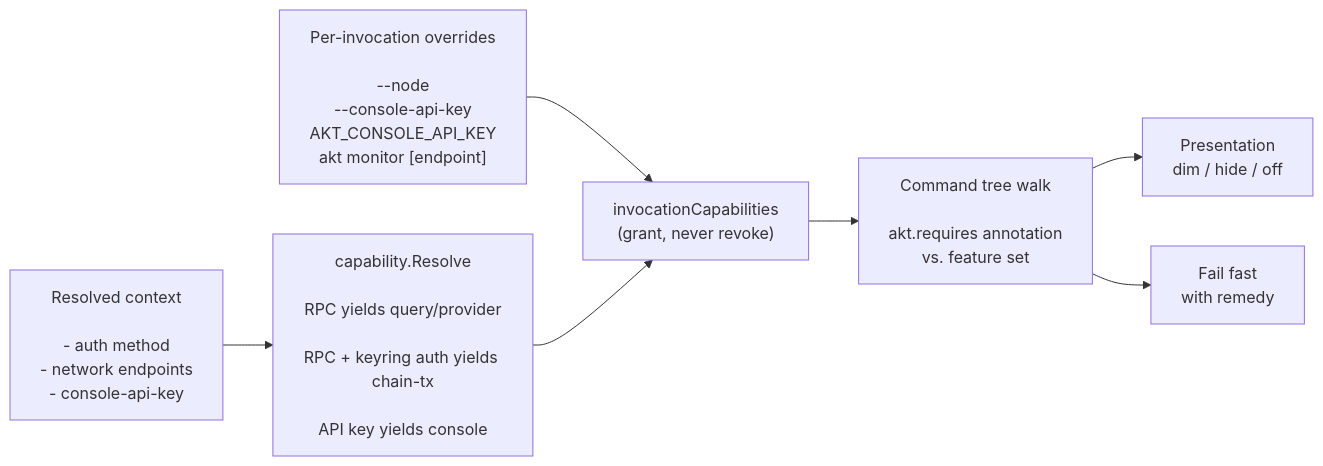
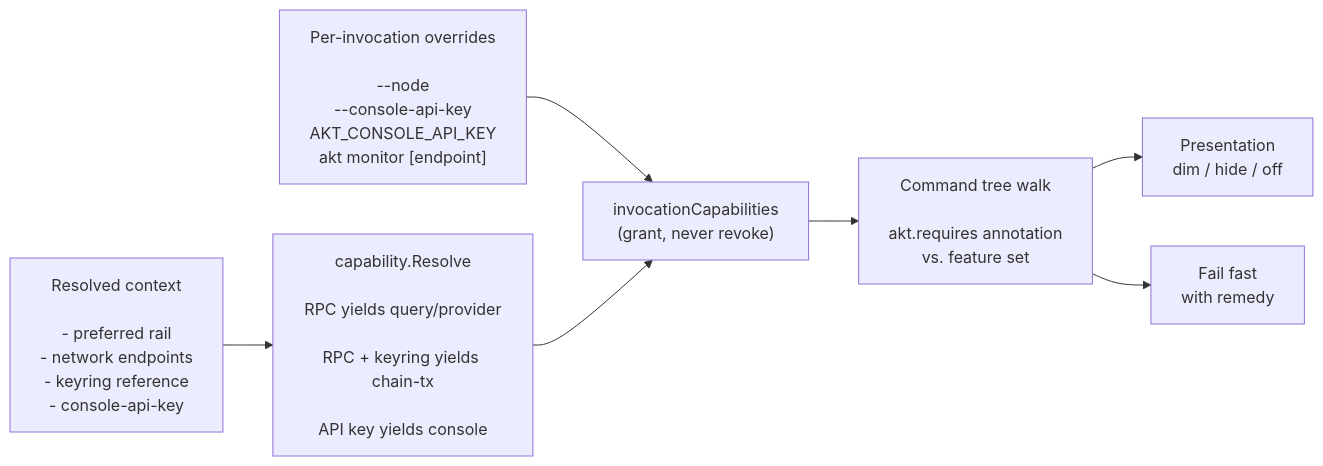
Before and after one commit to akash-network/akt: the sixth of 6 diagrams in DESIGN.md, drawn with Mermaid. The commit also changed other lines of this file and 35 other files, not shown here.

````diff
--- a/DESIGN.md
+++ b/DESIGN.md
@@ -892,9 +936,9 @@
 ```mermaid
 graph LR
-  RC["Resolved context\n\n- auth method\n- network endpoints\n- console-api-key"] --> RES["capability.Resolve\n\nRPC yields query/provider\n\nRPC + keyring auth yields chain-tx\n\nAPI key yields console"]
+  RC["Resolved context\n\n- preferred rail\n- network endpoints\n- keyring reference\n- console-api-key"] --> RES["capability.Resolve\n\nRPC yields query/provider\n\nRPC + keyring yields chain-tx\n\nAPI key yields console"]
   OV["Per-invocation overrides\n\n--node\n--console-api-key\nAKT_CONSOLE_API_KEY\nakt monitor [endpoint]"] --> INV["invocationCapabilities\n(grant, never revoke)"]
   RES --> INV
   INV --> GATE["Command tree walk\n\nakt.requires annotation\nvs. feature set"]
   GATE --> PRES["Presentation\ndim / hide / off"]
   GATE --> FAIL["Fail fast\nwith remedy"]
 ```
````
